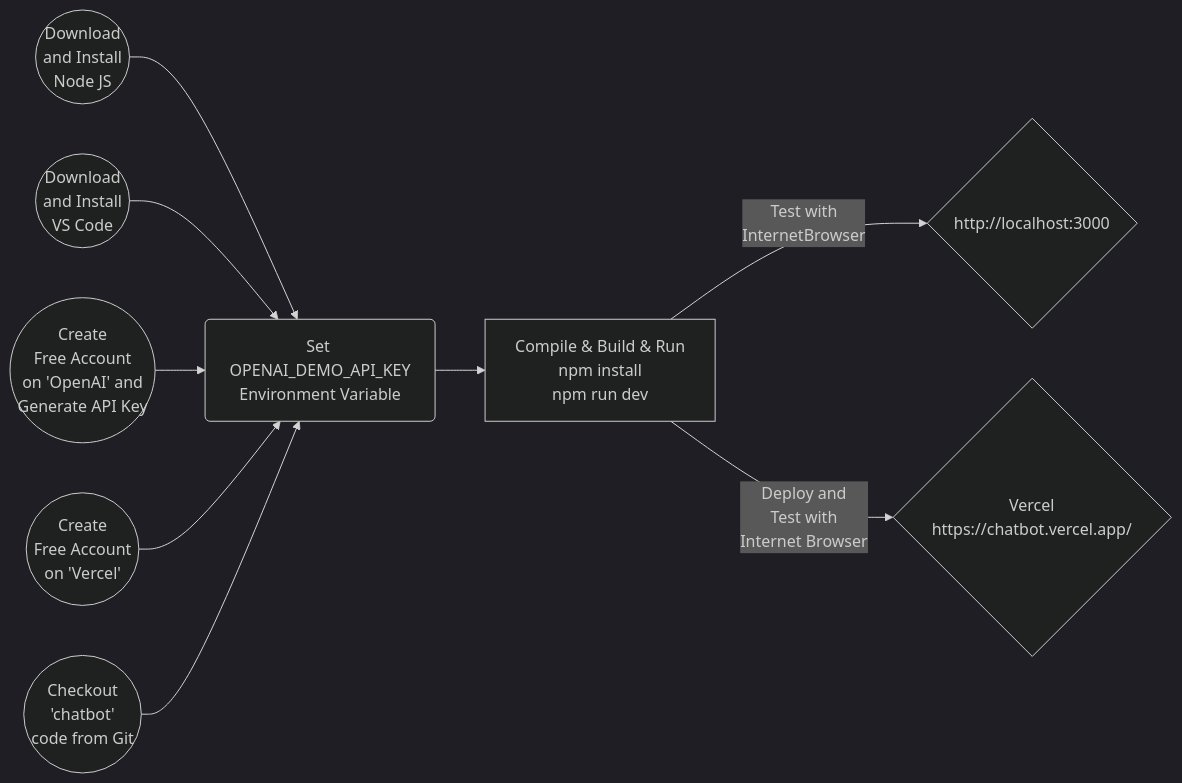
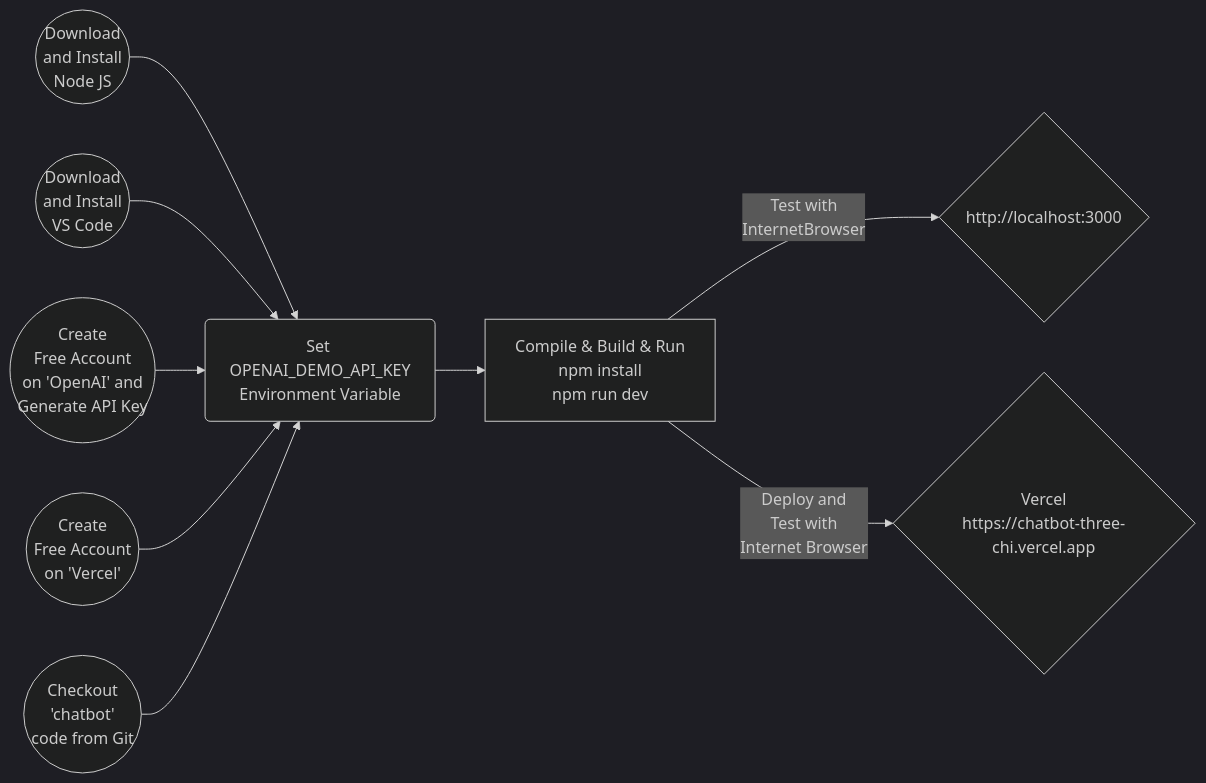
The diagram in README.md (lalumastan/chatbot), drawn with Mermaid (dark theme) before and after one commit. The commit also changed other lines of this file and 2 other files, not shown here.

````diff
--- a/README.md
+++ b/README.md
@@ -13,12 +13,12 @@
 ```mermaid
 graph LR
 A((Download<br/>and Install<br/>Node JS)) -->
 C(Set OPENAI_DEMO_API_KEY<br/>Environment Variable<br/>)
 B((Download<br/>and Install<br/>VS Code)) --> C
 D((Create<br/>Free Account<br/>on 'OpenAI' and<br/>Generate API Key)) --> C
 E((Create<br/>Free Account<br/>on 'Vercel')) --> C
 F((Checkout<br/>'chatbot'<br/>code from Git)) --> C
 C --> G[Compile & Build & Run<br/>npm install<br/>npm run dev]
 G -- Test with<br/>InternetBrowser --> H{http://localhost:3000}
-G -- Deploy and<br/>Test with<br/>Internet Browser --> I{Vercel<br/>https://chatbot.vercel.app/}
+G -- Deploy and<br/>Test with<br/>Internet Browser --> I{Vercel<br/>https://chatbot-three-chi.vercel.app}
 ```
````
